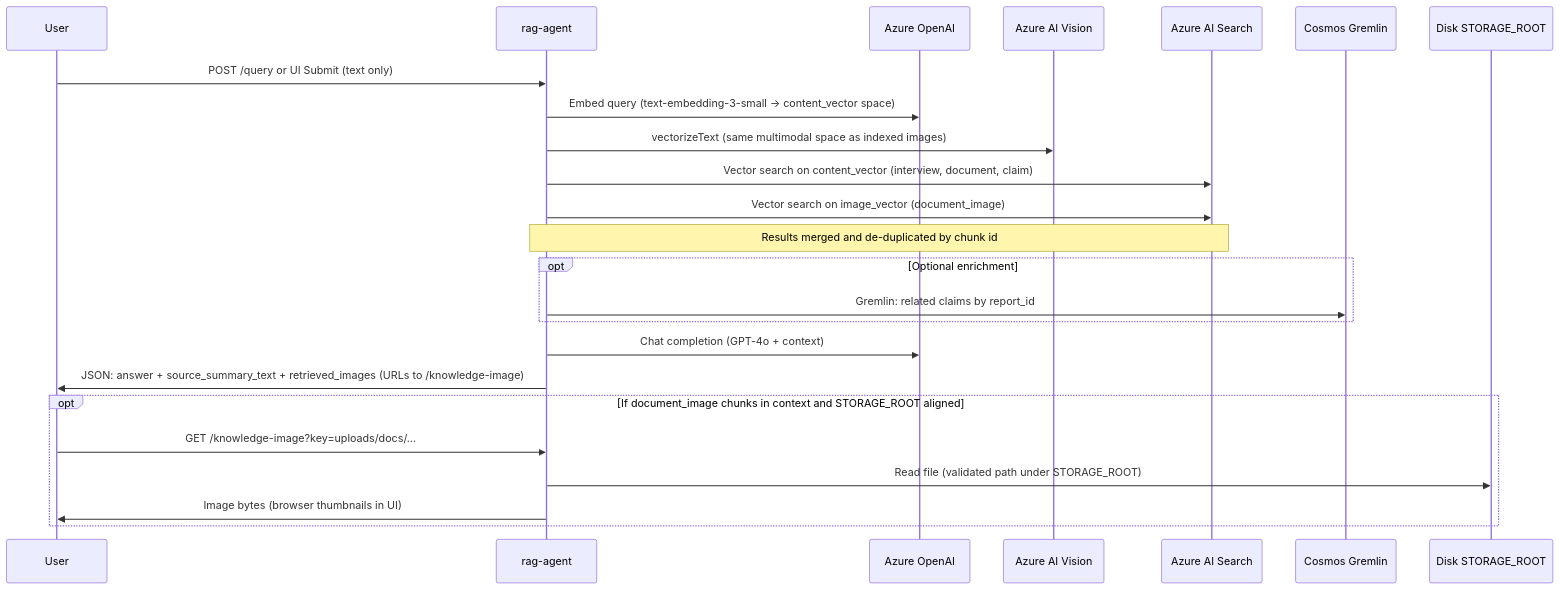
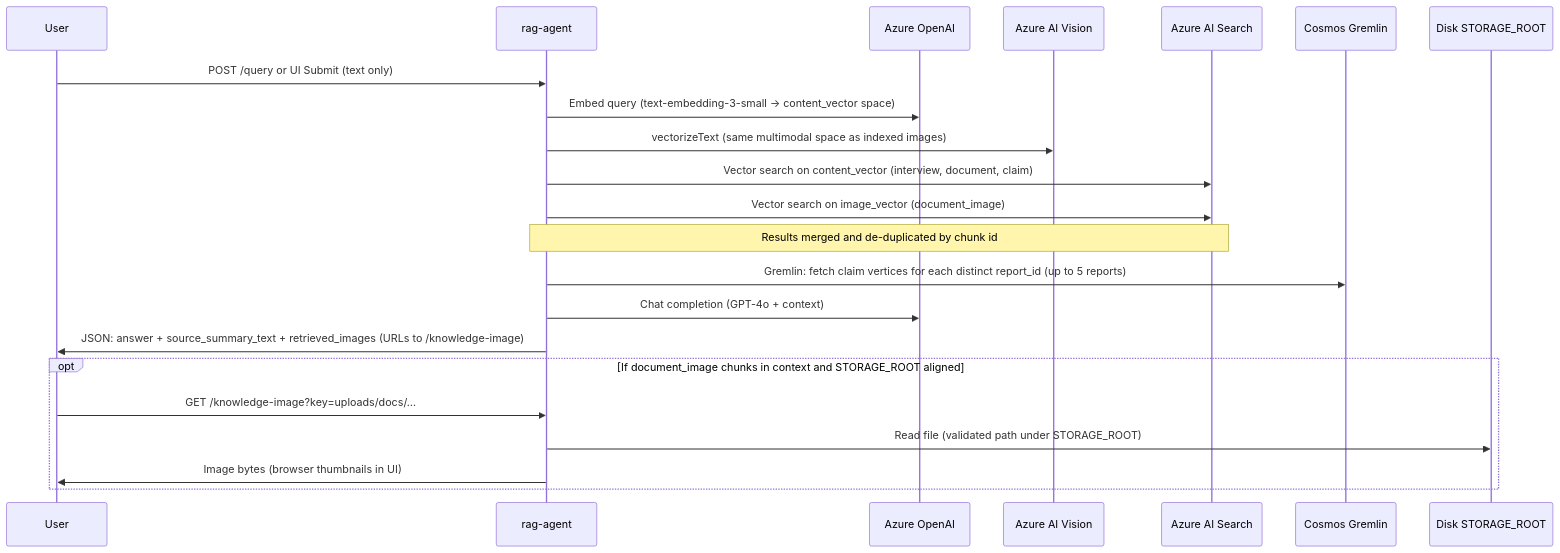
The fourth of 4 diagrams in docs/ARCHITECTURE_HLD.md (navarora06/WP3), drawn with Mermaid before and after one commit. The commit also changed other lines of this file, not shown here.

````diff
--- a/docs/ARCHITECTURE_HLD.md
+++ b/docs/ARCHITECTURE_HLD.md
@@ -152,27 +217,25 @@
 ```mermaid
 sequenceDiagram
   participant U as User
   participant A as rag-agent
   participant AO as Azure OpenAI
   participant CV as Azure AI Vision
   participant S as Azure AI Search
   participant G as Cosmos Gremlin
   participant FS as Disk STORAGE_ROOT
 
   U->>A: POST /query or UI Submit (text only)
   A->>AO: Embed query (text-embedding-3-small → content_vector space)
   A->>CV: vectorizeText (same multimodal space as indexed images)
   A->>S: Vector search on content_vector (interview, document, claim)
   A->>S: Vector search on image_vector (document_image)
   Note over A,S: Results merged and de-duplicated by chunk id
-  opt Optional enrichment
-    A->>G: Gremlin: related claims by report_id
-  end
+  A->>G: Gremlin: fetch claim vertices for each distinct report_id (up to 5 reports)
   A->>AO: Chat completion (GPT-4o + context)
   A->>U: JSON: answer + source_summary_text + retrieved_images (URLs to /knowledge-image)
   opt If document_image chunks in context and STORAGE_ROOT aligned
     U->>A: GET /knowledge-image?key=uploads/docs/…
     A->>FS: Read file (validated path under STORAGE_ROOT)
     A->>U: Image bytes (browser thumbnails in UI)
   end
 ```
````
